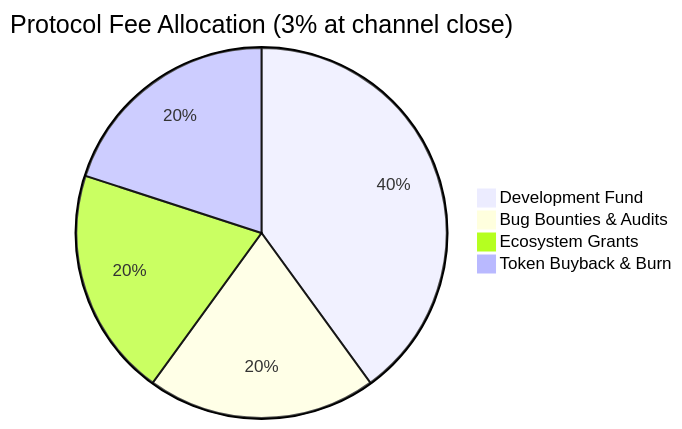
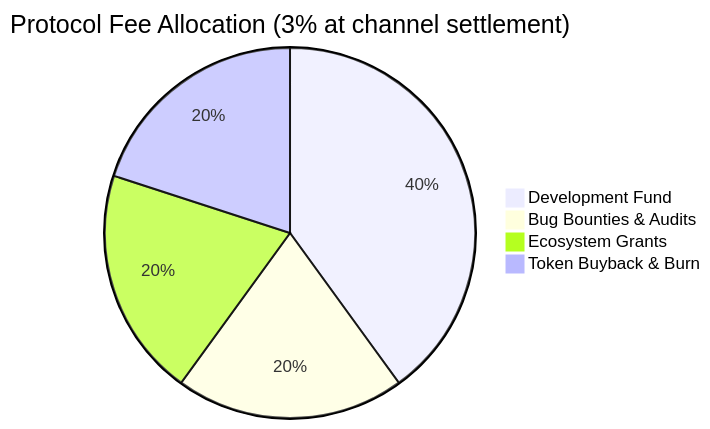
The second of 2 diagrams in adr/004-tokenomics.md (decdn/decdn), drawn with Mermaid before and after one commit. The commit also changed other lines of this file and 2 other files, not shown here.

First line of the commit message:
docs: specify fee calculation at settlement, not close (#49)

````diff
--- a/adr/004-tokenomics.md
+++ b/adr/004-tokenomics.md
@@ -143,7 +143,7 @@
 ```mermaid
-pie title Protocol Fee Allocation (3% at channel close)
+pie title Protocol Fee Allocation (3% at channel settlement)
     "Development Fund" : 40
     "Bug Bounties & Audits" : 20
     "Ecosystem Grants" : 20
     "Token Buyback & Burn" : 20
 ```
````
